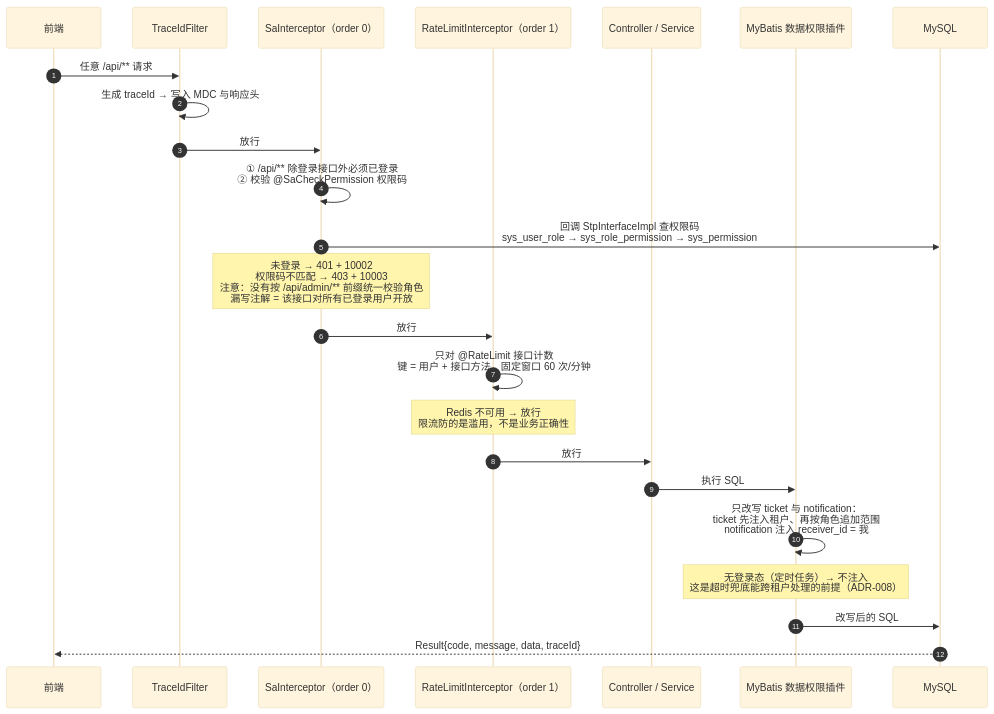
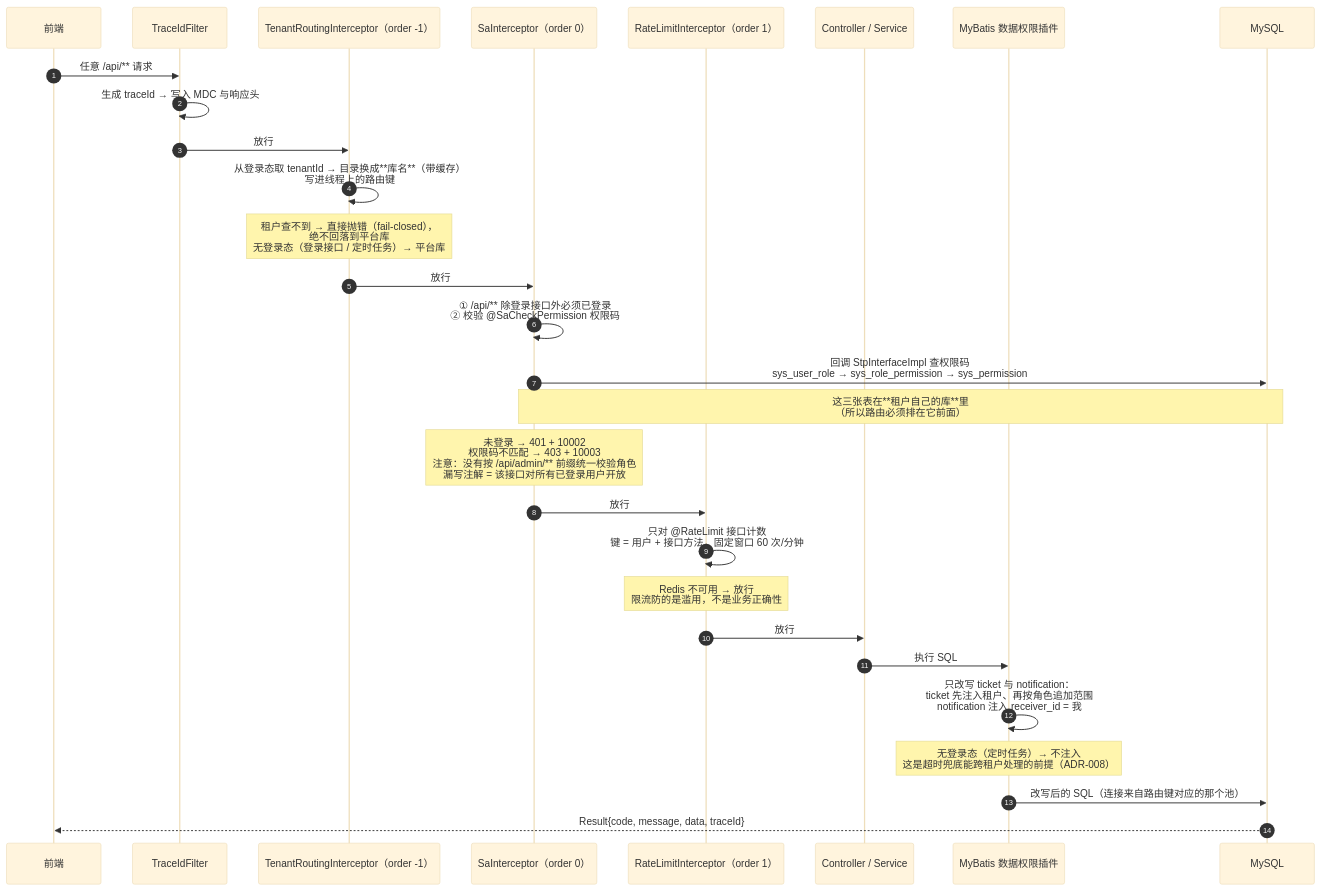
Before and after one commit to bluemalic/repair-platform: the fifth of 12 diagrams in docs/06-架构图.md, drawn with Mermaid (base theme). The commit also changed other lines of this file and 7 other files, not shown here.

````diff
--- a/docs/06-架构图.md
+++ b/docs/06-架构图.md
@@ -241,27 +244,32 @@
 ```mermaid
 sequenceDiagram
     autonumber
     participant C as 前端
     participant F as TraceIdFilter
+    participant RT as TenantRoutingInterceptor（order -1）
     participant T as SaInterceptor（order 0）
     participant L as RateLimitInterceptor（order 1）
     participant S as Controller / Service
     participant P as MyBatis 数据权限插件
     participant DB as MySQL
 
     C->>F: 任意 /api/** 请求
     F->>F: 生成 traceId → 写入 MDC 与响应头
-    F->>T: 放行
+    F->>RT: 放行
+    RT->>RT: 从登录态取 tenantId → 目录换成**库名**（带缓存）<br/>写进线程上的路由键
+    Note over RT: 租户查不到 → 直接抛错（fail-closed），<br/>绝不回落到平台库<br/>无登录态（登录接口 / 定时任务）→ 平台库
+    RT->>T: 放行
     T->>T: ① /api/** 除登录接口外必须已登录<br/>② 校验 @SaCheckPermission 权限码
     T->>DB: 回调 StpInterfaceImpl 查权限码<br/>sys_user_role → sys_role_permission → sys_permission
+    Note over T,DB: 这三张表在**租户自己的库**里<br/>（所以路由必须排在它前面）
     Note over T: 未登录 → 401 + 10002<br/>权限码不匹配 → 403 + 10003<br/>注意：没有按 /api/admin/** 前缀统一校验角色<br/>漏写注解 = 该接口对所有已登录用户开放
     T->>L: 放行
     L->>L: 只对 @RateLimit 接口计数<br/>键 = 用户 + 接口方法，固定窗口 60 次/分钟
     Note over L: Redis 不可用 → 放行<br/>限流防的是滥用，不是业务正确性
     L->>S: 放行
     S->>P: 执行 SQL
     P->>P: 只改写 ticket 与 notification：<br/>ticket 先注入租户、再按角色追加范围<br/>notification 注入 receiver_id = 我
     Note over P: 无登录态（定时任务）→ 不注入<br/>这是超时兜底能跨租户处理的前提（ADR-008）
-    P->>DB: 改写后的 SQL
+    P->>DB: 改写后的 SQL（连接来自路由键对应的那个池）
     DB-->>C: Result{code, message, data, traceId}
 ```
````
